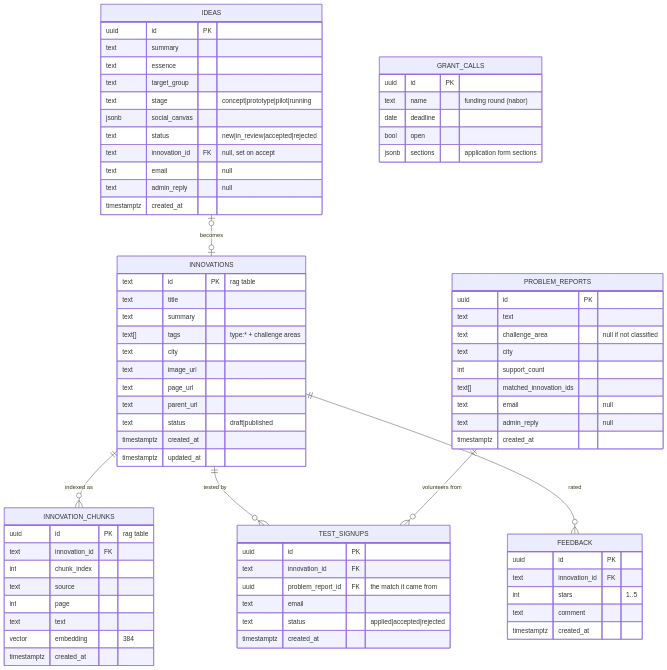
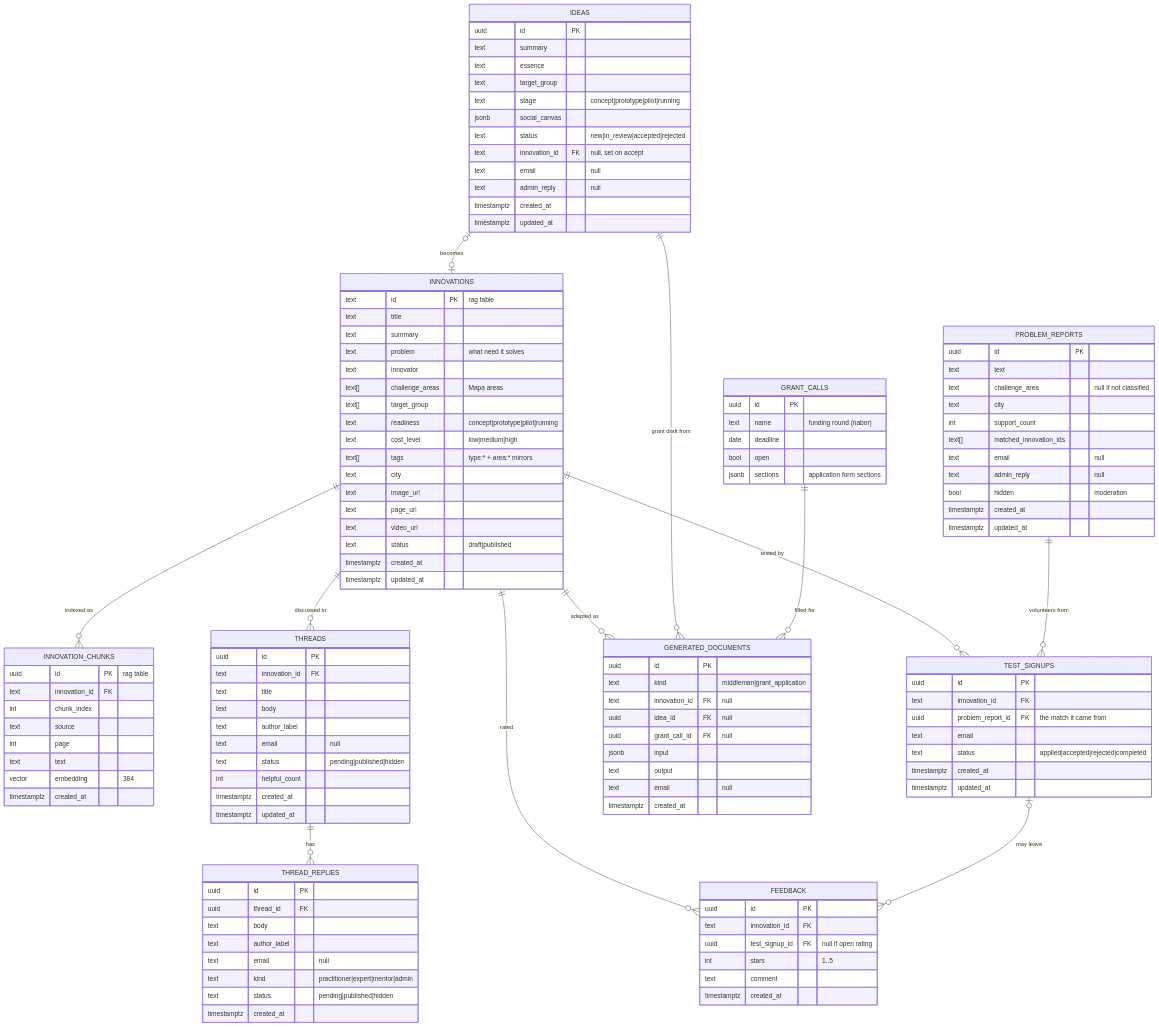
One commit to DziadBud/HackYeah2026 changed the fourth of 4 diagrams in documentation/backend/architecture.md. Above: the diagram before and after it, drawn with Mermaid. The commit also changed other lines of this file and 4 other files, not shown here.

````diff
--- a/documentation/backend/architecture.md
+++ b/documentation/backend/architecture.md
@@ -164,17 +167,29 @@
     INNOVATIONS ||--o{ INNOVATION_CHUNKS : "indexed as"
     INNOVATIONS ||--o{ TEST_SIGNUPS : "tested by"
     INNOVATIONS ||--o{ FEEDBACK : rated
+    INNOVATIONS ||--o{ THREADS : "discussed in"
+    INNOVATIONS ||--o{ GENERATED_DOCUMENTS : "adapted as"
     PROBLEM_REPORTS ||--o{ TEST_SIGNUPS : "volunteers from"
+    TEST_SIGNUPS |o--o{ FEEDBACK : "may leave"
     IDEAS |o--o| INNOVATIONS : "becomes"
+    IDEAS ||--o{ GENERATED_DOCUMENTS : "grant draft from"
+    GRANT_CALLS ||--o{ GENERATED_DOCUMENTS : "filled for"
+    THREADS ||--o{ THREAD_REPLIES : "has"
     INNOVATIONS {
         text id PK "rag table"
         text title
         text summary
-        text[] tags "type:* + challenge areas"
+        text problem "what need it solves"
+        text innovator
+        text[] challenge_areas "Mapa areas"
+        text[] target_group
+        text readiness "concept|prototype|pilot|running"
+        text cost_level "low|medium|high"
+        text[] tags "type:* + area:* mirrors"
         text city
         text image_url
         text page_url
-        text parent_url
+        text video_url
         text status "draft|published"
         timestamptz created_at
         timestamptz updated_at
@@ -198,7 +213,9 @@
         text[] matched_innovation_ids
         text email "null"
         text admin_reply "null"
+        bool hidden "moderation"
         timestamptz created_at
+        timestamptz updated_at
     }
     IDEAS {
         uuid id PK
@@ -212,6 +229,7 @@
         text email "null"
         text admin_reply "null"
         timestamptz created_at
+        timestamptz updated_at
     }
     GRANT_CALLS {
         uuid id PK
@@ -225,14 +243,49 @@
         text innovation_id FK
         uuid problem_report_id FK "the match it came from"
         text email
-        text status "applied|accepted|rejected"
+        text status "applied|accepted|rejected|completed"
         timestamptz created_at
+        timestamptz updated_at
     }
     FEEDBACK {
         uuid id PK
         text innovation_id FK
+        uuid test_signup_id FK "null if open rating"
         int stars "1..5"
         text comment
         timestamptz created_at
     }
+    THREADS {
+        uuid id PK
+        text innovation_id FK
+        text title
+        text body
+        text author_label
+        text email "null"
+        text status "pending|published|hidden"
+        int helpful_count
+        timestamptz created_at
+        timestamptz updated_at
+    }
+    THREAD_REPLIES {
+        uuid id PK
+        uuid thread_id FK
+        text body
+        text author_label
+        text email "null"
+        text kind "practitioner|expert|mentor|admin"
+        text status "pending|published|hidden"
+        timestamptz created_at
+    }
+    GENERATED_DOCUMENTS {
+        uuid id PK
+        text kind "middleman|grant_application"
+        text innovation_id FK "null"
+        uuid idea_id FK "null"
+        uuid grant_call_id FK "null"
+        jsonb input
+        text output
+        text email "null"
+        timestamptz created_at
+    }
 ```
````
